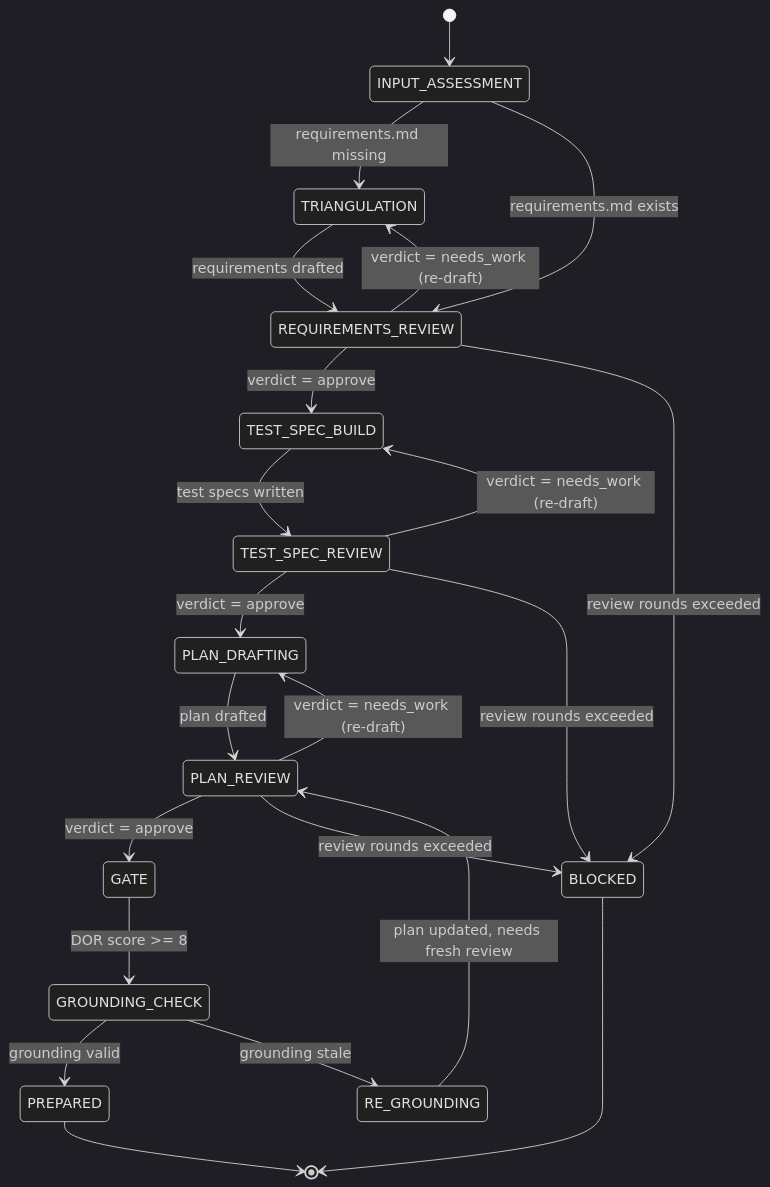
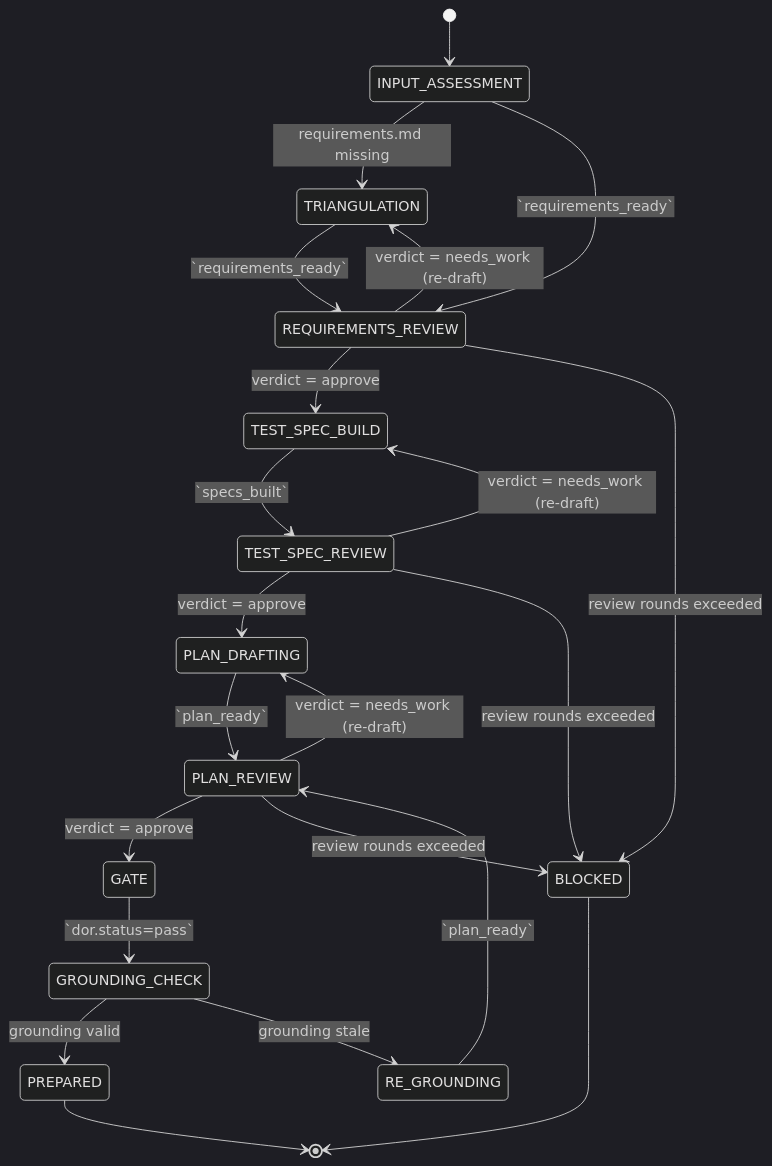
One commit to InstruktAI/TeleClaude changed the first of 4 diagrams in docs/project/design/architecture/prepare-state-machine.md. Above: the diagram before and after it, drawn with Mermaid (dark theme). The commit also changed other lines of this file and 23 other files, not shown here.

````diff
--- a/docs/project/design/architecture/prepare-state-machine.md
+++ b/docs/project/design/architecture/prepare-state-machine.md
@@ -81,35 +81,35 @@
 ```mermaid
 stateDiagram-v2
     [*] --> INPUT_ASSESSMENT
 
     INPUT_ASSESSMENT --> TRIANGULATION: requirements.md missing
-    INPUT_ASSESSMENT --> REQUIREMENTS_REVIEW: requirements.md exists
+    INPUT_ASSESSMENT --> REQUIREMENTS_REVIEW: `requirements_ready`
 
-    TRIANGULATION --> REQUIREMENTS_REVIEW: requirements drafted
+    TRIANGULATION --> REQUIREMENTS_REVIEW: `requirements_ready`
 
     REQUIREMENTS_REVIEW --> TEST_SPEC_BUILD: verdict = approve
     REQUIREMENTS_REVIEW --> TRIANGULATION: verdict = needs_work (re-draft)
     REQUIREMENTS_REVIEW --> BLOCKED: review rounds exceeded
 
-    TEST_SPEC_BUILD --> TEST_SPEC_REVIEW: test specs written
+    TEST_SPEC_BUILD --> TEST_SPEC_REVIEW: `specs_built`
 
     TEST_SPEC_REVIEW --> PLAN_DRAFTING: verdict = approve
     TEST_SPEC_REVIEW --> TEST_SPEC_BUILD: verdict = needs_work (re-draft)
     TEST_SPEC_REVIEW --> BLOCKED: review rounds exceeded
 
-    PLAN_DRAFTING --> PLAN_REVIEW: plan drafted
+    PLAN_DRAFTING --> PLAN_REVIEW: `plan_ready`
 
     PLAN_REVIEW --> GATE: verdict = approve
     PLAN_REVIEW --> PLAN_DRAFTING: verdict = needs_work (re-draft)
     PLAN_REVIEW --> BLOCKED: review rounds exceeded
 
-    GATE --> GROUNDING_CHECK: DOR score >= 8
+    GATE --> GROUNDING_CHECK: `dor.status=pass`
 
     GROUNDING_CHECK --> PREPARED: grounding valid
     GROUNDING_CHECK --> RE_GROUNDING: grounding stale
 
-    RE_GROUNDING --> PLAN_REVIEW: plan updated, needs fresh review
+    RE_GROUNDING --> PLAN_REVIEW: `plan_ready`
 
     PREPARED --> [*]
     BLOCKED --> [*]
 ```
````
